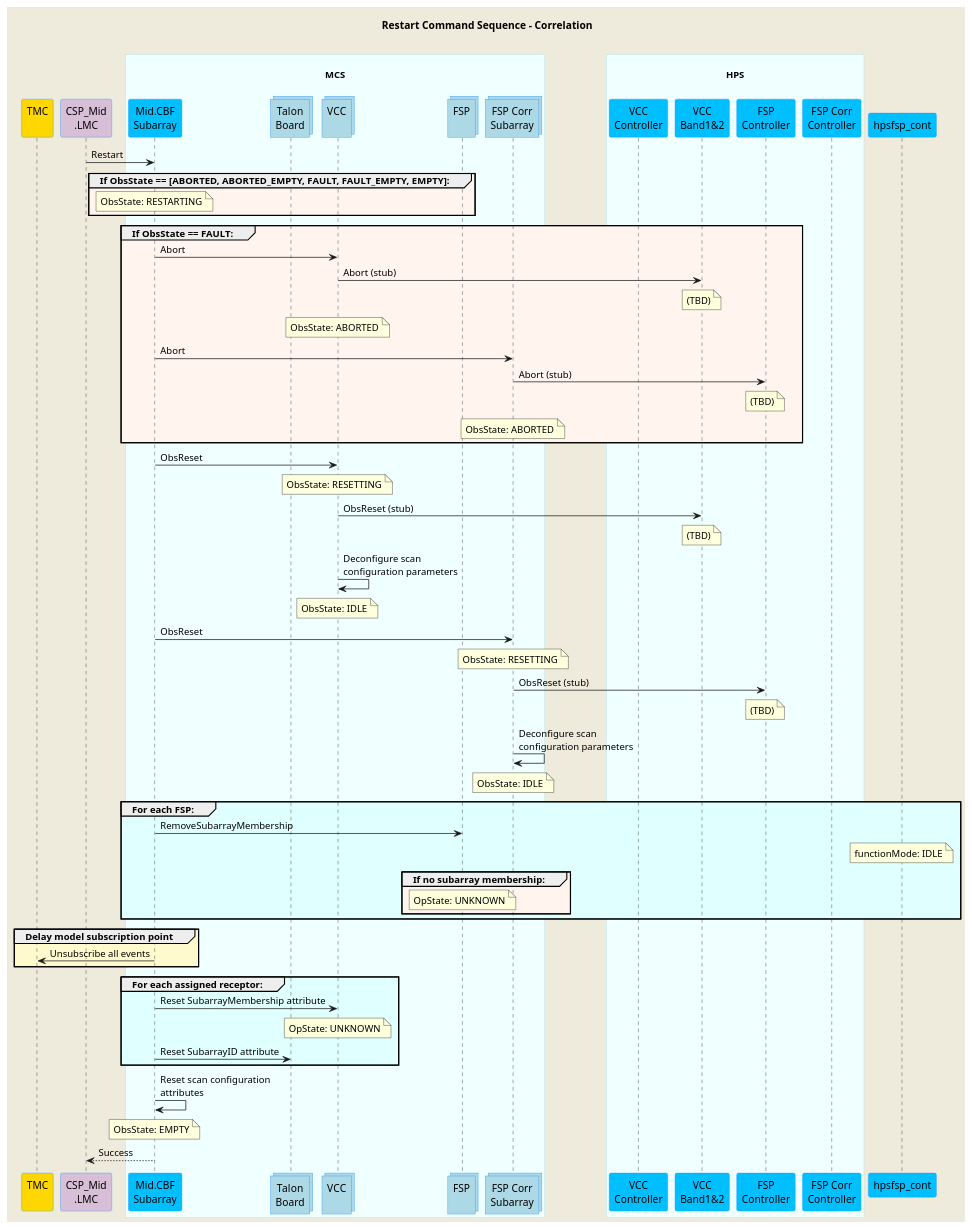
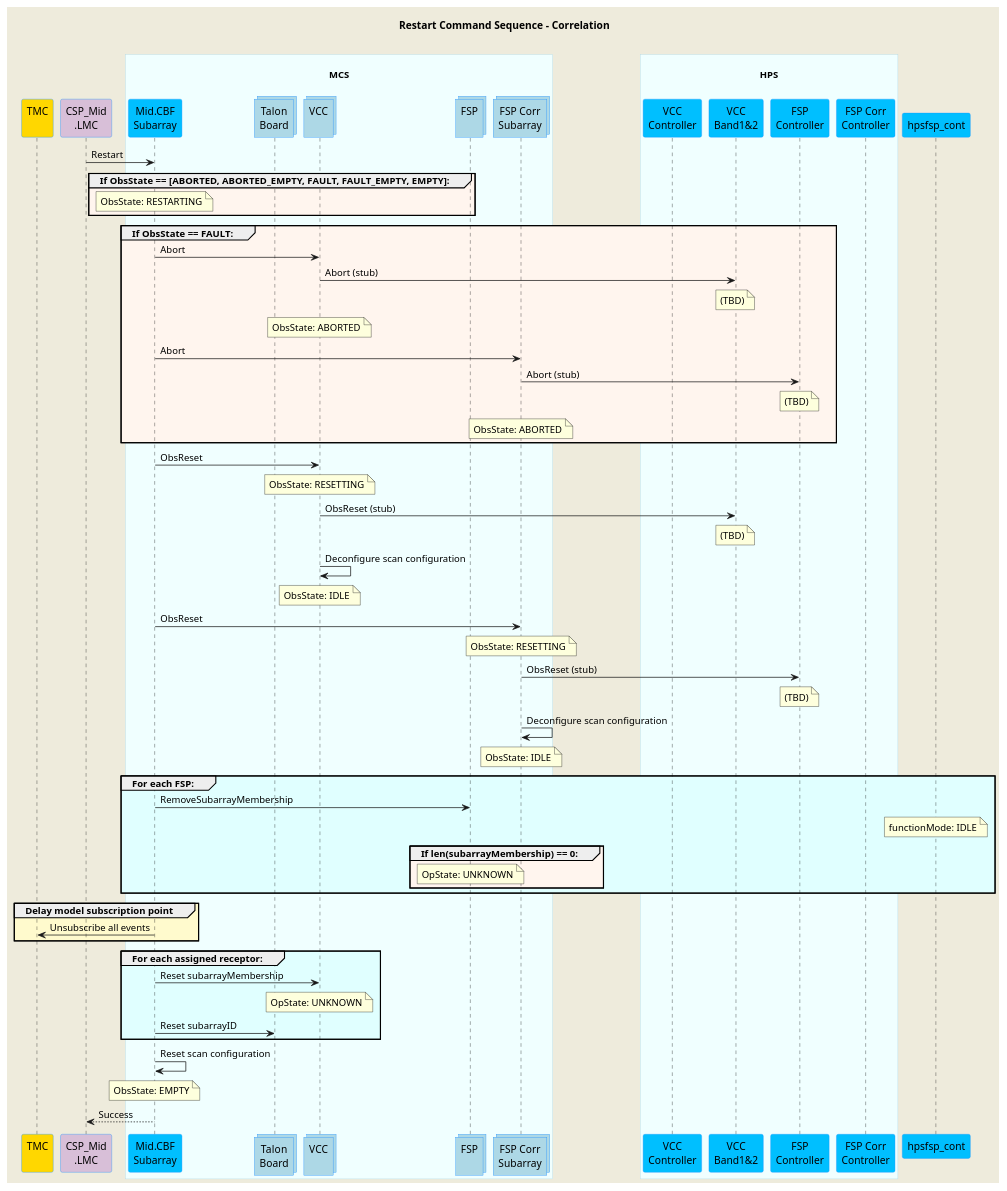
The diagram in docs/src/diagrams/restart-command.puml (ska-telescope/mid-cbf-mcs), drawn with PlantUML before and after one commit. The commit also changed 11 other files, not shown here.

Commit message:
CIP-2424 sequence diagram consistency tweaks

```diff
--- a/docs/src/diagrams/restart-command.puml
+++ b/docs/src/diagrams/restart-command.puml
@@ -1,96 +1,96 @@
 @startuml
 'https://plantuml.com/sequence-diagram
 
 skinparam backgroundColor #EEEBDC
 skinparam sequence {
   ParticipantBorderColor DodgerBlue
   ParticipantBackgroundColor DeepSkyBlue
   ActorBorderColor DarkGreen
   ActorBackgroundColor Green
   BoxBorderColor LightBlue
   BoxBackgroundColor #F0FFFF
 }
 skinparam collections {
   BackGroundColor LightBlue
   BorderColor DodgerBlue
 }
 skinparam database {
   BackgroundColor LightGreen
   BorderColor DarkGreen
 }
 
 title Restart Command Sequence - Correlation\n
 
 participant "TMC\n" as tmc #Gold
 participant "CSP_Mid\n.LMC" as lmc #Thistle
 box "\nMCS\n"
   participant "Mid.CBF\nSubarray" as subarray
   collections "Talon\nBoard" as talonboard
   collections "VCC\n" as vcc
   collections "FSP\n" as fsp
   collections "FSP Corr\nSubarray" as fspsubarray
   
 end box
 box "\nHPS\n"
   participant "VCC\nController" as hpsvcc
   participant "VCC\nBand1&2" as hpsvccband
   participant "FSP\nController" as hpsfsp
   participant "FSP Corr\nController" as hpsfsp_corr
 end box
 
 lmc         ->  subarray      : Restart
 
 group #SeaShell If ObsState == [ABORTED, ABORTED_EMPTY, FAULT, FAULT_EMPTY, EMPTY]:
   note over subarray           : ObsState: RESTARTING
 end group
 
 group #SeaShell If ObsState == FAULT:
   subarray    ->  vcc           : Abort
   vcc         ->  hpsvccband    : Abort (stub)
   note over hpsvccband          : (TBD)
   note over vcc                 : ObsState: ABORTED
   subarray    ->  fspsubarray   : Abort
   fspsubarray ->  hpsfsp        : Abort (stub)
   note over hpsfsp              : (TBD)
   note over fspsubarray         : ObsState: ABORTED
 end group
 
 subarray    ->  vcc           : ObsReset
 note over vcc                 : ObsState: RESETTING
 vcc         ->  hpsvccband    : ObsReset (stub)
 note over hpsvccband          : (TBD)
-vcc         ->  vcc           : Deconfigure scan\nconfiguration parameters 
+vcc         ->  vcc           : Deconfigure scan configuration 
 note over vcc                 : ObsState: IDLE
 
 subarray    ->  fspsubarray   : ObsReset
 note over fspsubarray         : ObsState: RESETTING
 fspsubarray ->  hpsfsp        : ObsReset (stub)
 note over hpsfsp              : (TBD)
-fspsubarray ->  fspsubarray   : Deconfigure scan\nconfiguration parameters
+fspsubarray ->  fspsubarray   : Deconfigure scan configuration
 note over fspsubarray         : ObsState: IDLE
 
 group #LightCyan For each FSP:
     subarray    -> fsp        : RemoveSubarrayMembership
     note over hpsfsp_cont     : functionMode: IDLE
-    group #SeaShell If no subarray membership:
+    group #SeaShell If len(subarrayMembership) == 0:
       note over fsp           : OpState: UNKNOWN
     end group
 end group
 
 group #LemonChiffon Delay model subscription point
     subarray    -> tmc        : Unsubscribe all events
 end group
 
 group #LightCyan For each assigned receptor:
-  subarray    ->  vcc         : Reset SubarrayMembership attribute
+  subarray    ->  vcc         : Reset subarrayMembership
   note over vcc               : OpState: UNKNOWN
-  subarray    ->  talonboard  : Reset SubarrayID attribute
+  subarray    ->  talonboard  : Reset subarrayID
 end group
 
-subarray      -> subarray     : Reset scan configuration\nattributes
+subarray      -> subarray     : Reset scan configuration
 
 note over subarray            : ObsState: EMPTY
 lmc         <--  subarray     : Success
 
 
 @enduml
```
